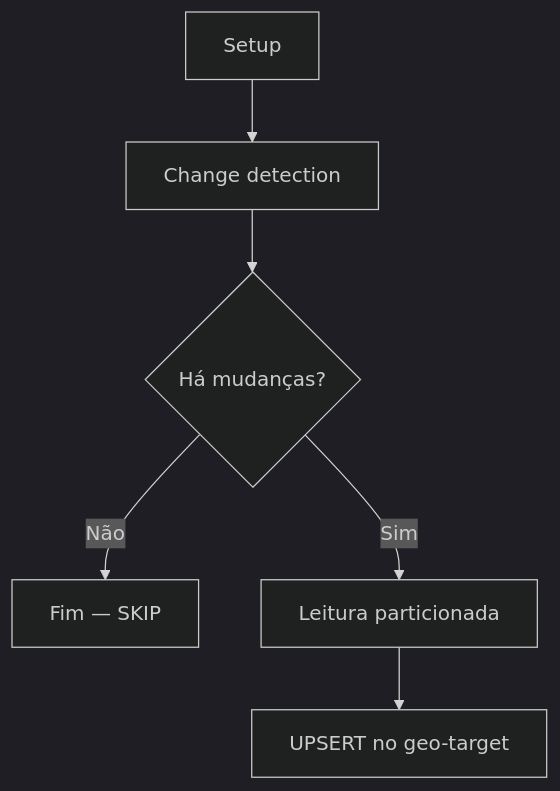
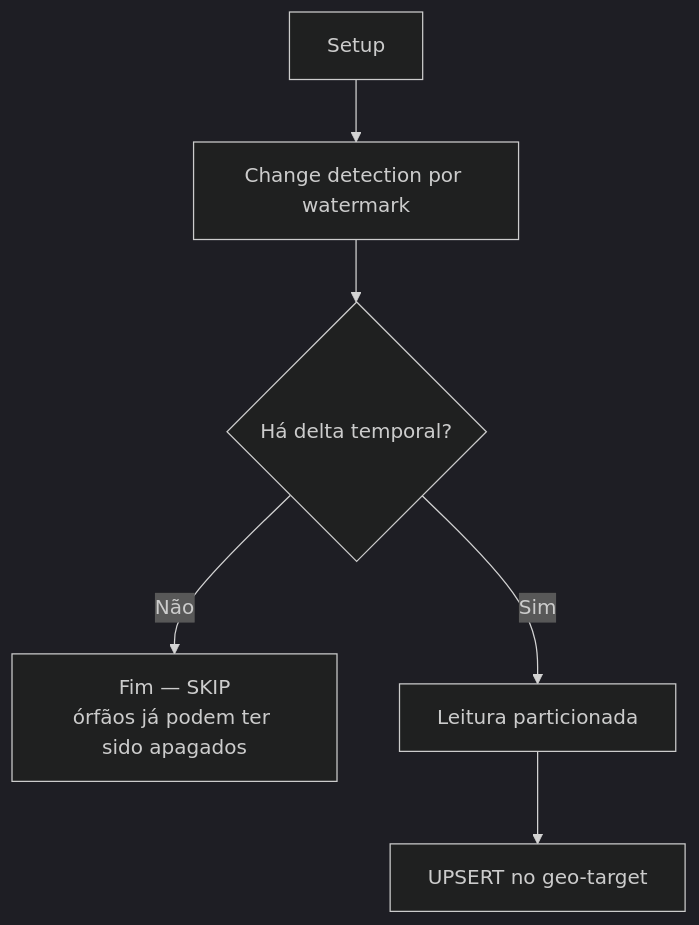
Before and after one commit to kleber-albino/rer-dsp-docs: the second of 2 diagrams in docs/modules/job-data-migration/layer-migration.md, drawn with Mermaid (dark theme). The commit also changed other lines of this file and 14 other files, not shown here.

````diff
--- a/docs/modules/job-data-migration/layer-migration.md
+++ b/docs/modules/job-data-migration/layer-migration.md
@@ -165,8 +178,8 @@
 ```mermaid
 flowchart TD
-  A[Setup] --> B[Change detection]
-  B --> C{Há mudanças?}
-  C -->|Não| D[Fim — SKIP]
+  A[Setup] --> B[Change detection por watermark]
+  B --> C{Há delta temporal?}
+  C -->|Não| D[Fim — SKIP<br/>órfãos já podem ter sido apagados]
   C -->|Sim| E[Leitura particionada]
   E --> F[UPSERT no geo-target]
 ```
````
